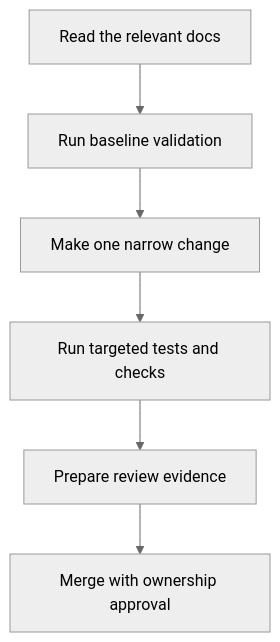
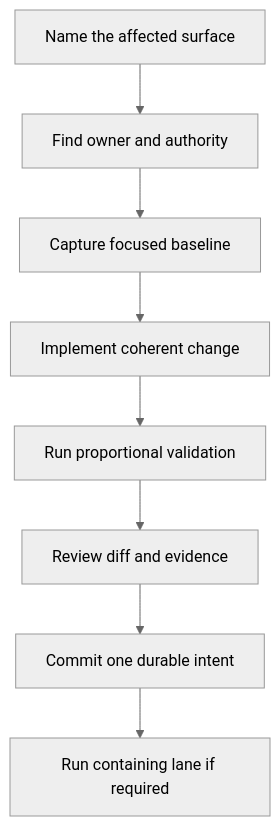
One commit to bijux/bijux-atlas changed the diagram in docs/bijux-atlas-dev/workspace/contributor-workflow.md. Above: the diagram before and after it, drawn with Mermaid (neutral theme). The commit also changed other lines of this file and 2 other files, not shown here.

Commit message:
docs(contributing): align validation effort with change risk

````diff
--- a/docs/bijux-atlas-dev/workspace/contributor-workflow.md
+++ b/docs/bijux-atlas-dev/workspace/contributor-workflow.md
@@ -16,8 +18,10 @@
 ```mermaid
 flowchart TD
-    Read[Read the relevant docs] --> Baseline[Run baseline validation]
-    Baseline --> SmallChange[Make one narrow change]
-    SmallChange --> Tests[Run targeted tests and checks]
-    Tests --> Review[Prepare review evidence]
-    Review --> Merge[Merge with ownership approval]
+    Scope[Name the affected surface] --> Authority[Find owner and authority]
+    Authority --> Baseline[Capture focused baseline]
+    Baseline --> Change[Implement coherent change]
+    Change --> Verify[Run proportional validation]
+    Verify --> Review[Review diff and evidence]
+    Review --> Commit[Commit one durable intent]
+    Commit --> Broaden[Run containing lane if required]
 ```
````
